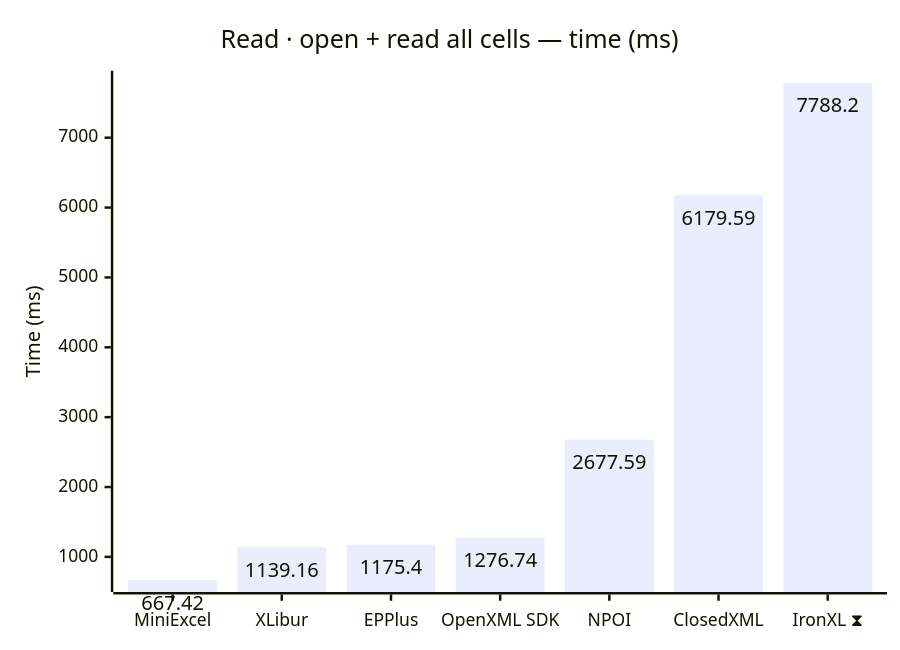
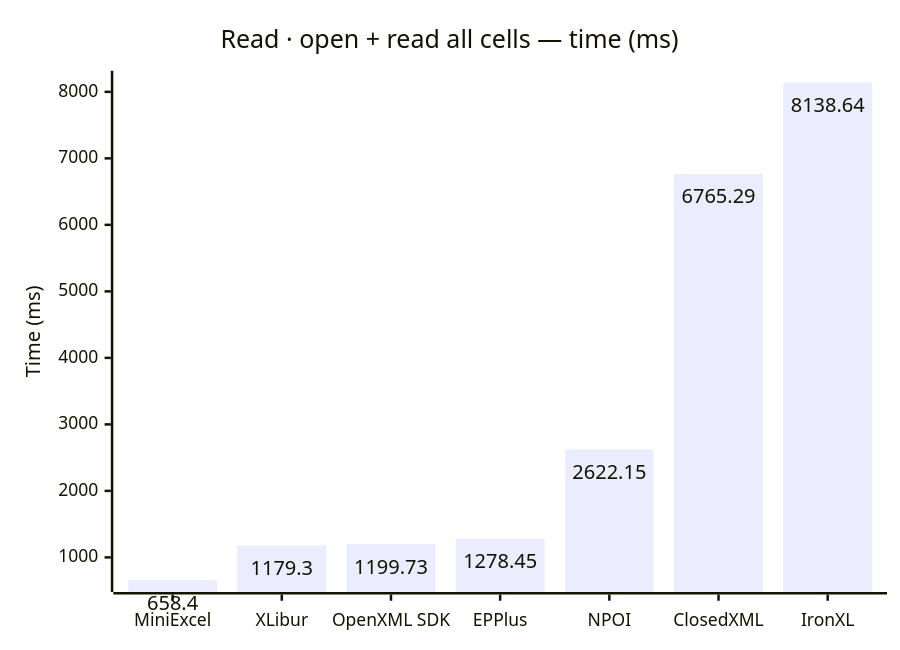
One commit to jafin/XLBench changed the third of 12 diagrams in docs/results.md. Above: the diagram before and after it, drawn with Mermaid. The commit also changed other lines of this file and 2 other files, not shown here.

````diff
--- a/docs/results.md
+++ b/docs/results.md
@@ -65,12 +61,12 @@
 ```mermaid
 ---
 config:
   xyChart:
     showDataLabel: true
 ---
 xychart-beta
     title "Read · open + read all cells — time (ms)"
-    x-axis ["MiniExcel", "XLibur", "EPPlus", "OpenXML SDK", "NPOI", "ClosedXML", "IronXL ⧗"]
+    x-axis ["MiniExcel", "XLibur", "OpenXML SDK", "EPPlus", "NPOI", "ClosedXML", "IronXL"]
     y-axis "Time (ms)"
-    bar [667.42, 1139.16, 1175.4, 1276.74, 2677.59, 6179.59, 7788.2]
+    bar [658.4, 1179.3, 1199.73, 1278.45, 2622.15, 6765.29, 8138.64]
 ```
````
